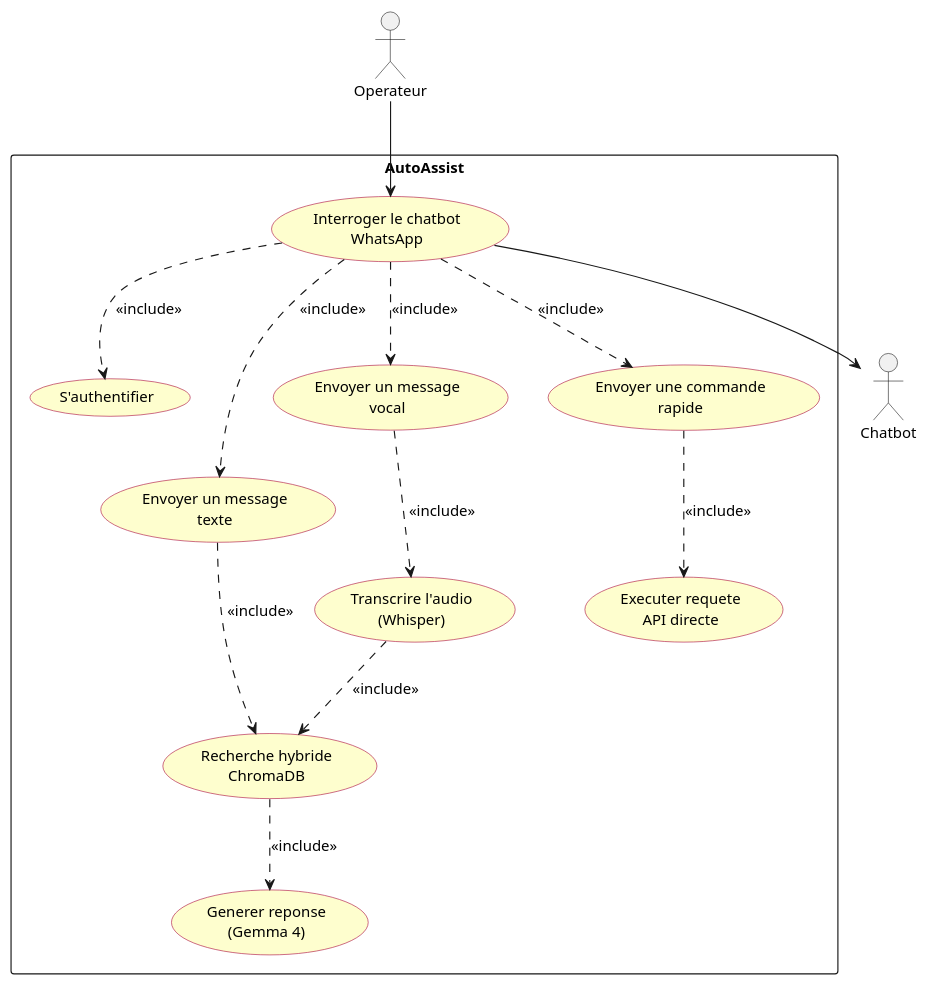
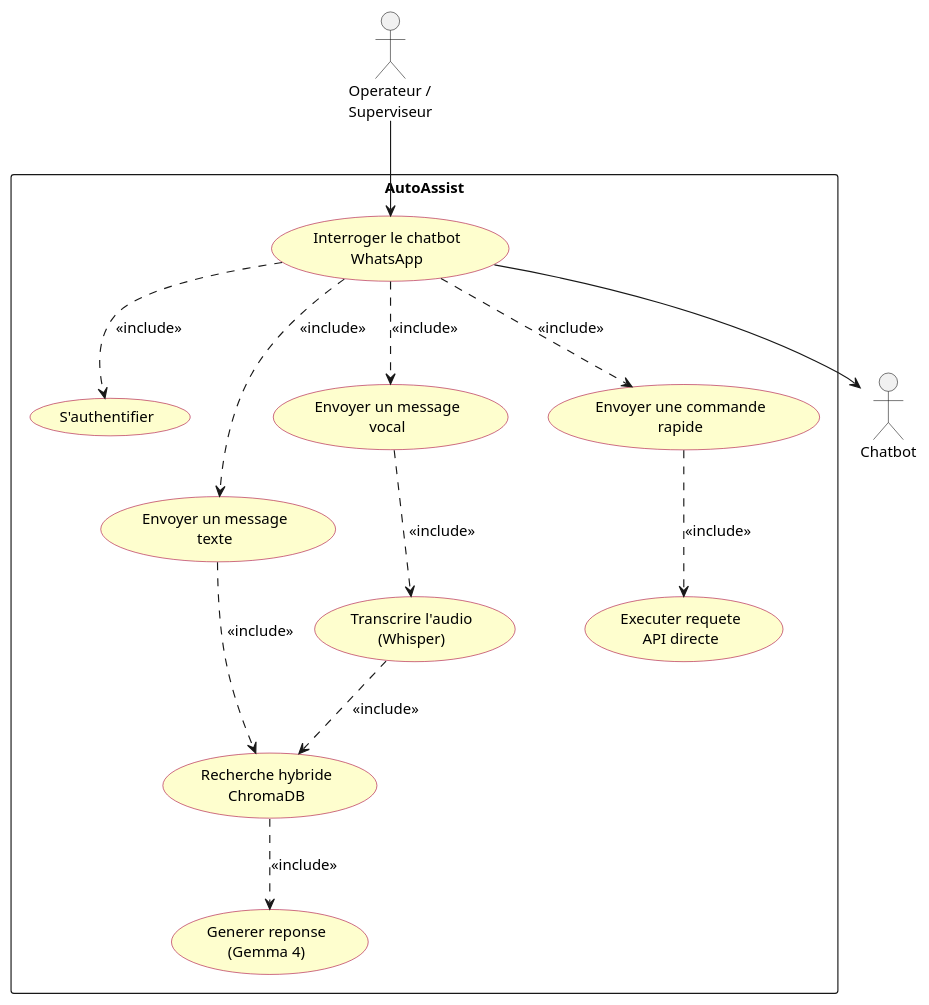
One commit to seifeddine77/call-management-system changed the diagram in rapport/figures/raffinement_chatbot.puml. Above: the diagram before and after it, drawn with PlantUML. The commit also changed 181 other files, not shown here.

```diff
--- a/rapport/figures/raffinement_chatbot.puml
+++ b/rapport/figures/raffinement_chatbot.puml
@@ -1,40 +1,40 @@
 @startuml raffinement_chatbot
 skinparam backgroundColor white
 skinparam defaultFontName Arial
 skinparam defaultFontSize 13
 skinparam packageStyle rectangle
 skinparam usecase {
   BackgroundColor #FEFECE
   BorderColor #A80036
 }
 
-actor "Operateur" as op
+actor "Operateur /\nSuperviseur" as op
 actor "Chatbot" as chatbot
 
 rectangle "AutoAssist" {
   usecase "S'authentifier" as auth
   usecase "Interroger le chatbot\nWhatsApp" as UC1
   usecase "Envoyer un message\ntexte" as UC2
   usecase "Envoyer un message\nvocal" as UC3
   usecase "Envoyer une commande\nrapide" as UC4
   usecase "Transcrire l'audio\n(Whisper)" as UC5
   usecase "Recherche hybride\nChromaDB" as UC6
   usecase "Generer reponse\n(Gemma 4)" as UC7
   usecase "Executer requete\nAPI directe" as UC8
 }
 
 op --> UC1
 UC1 --> chatbot
 
 UC1 ..> auth : <<include>>
 UC1 ..> UC2 : <<include>>
 UC1 ..> UC3 : <<include>>
 UC1 ..> UC4 : <<include>>
 
 UC3 ..> UC5 : <<include>>
 UC5 ..> UC6 : <<include>>
 UC2 ..> UC6 : <<include>>
 UC6 ..> UC7 : <<include>>
 UC4 ..> UC8 : <<include>>
 
 @enduml
```
